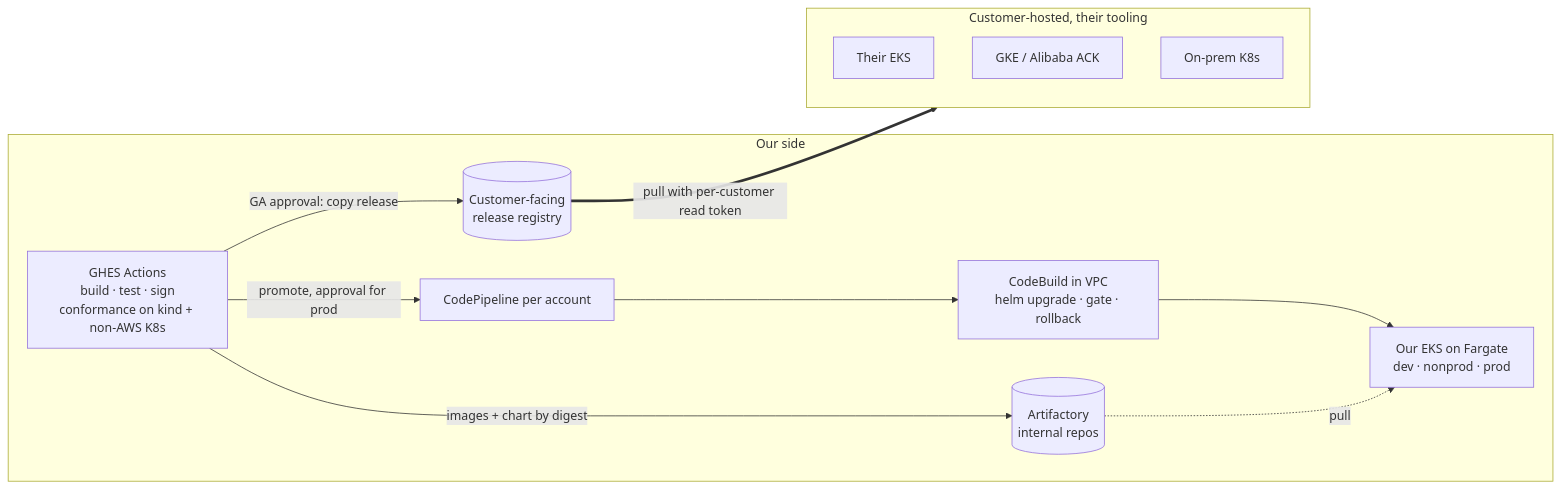
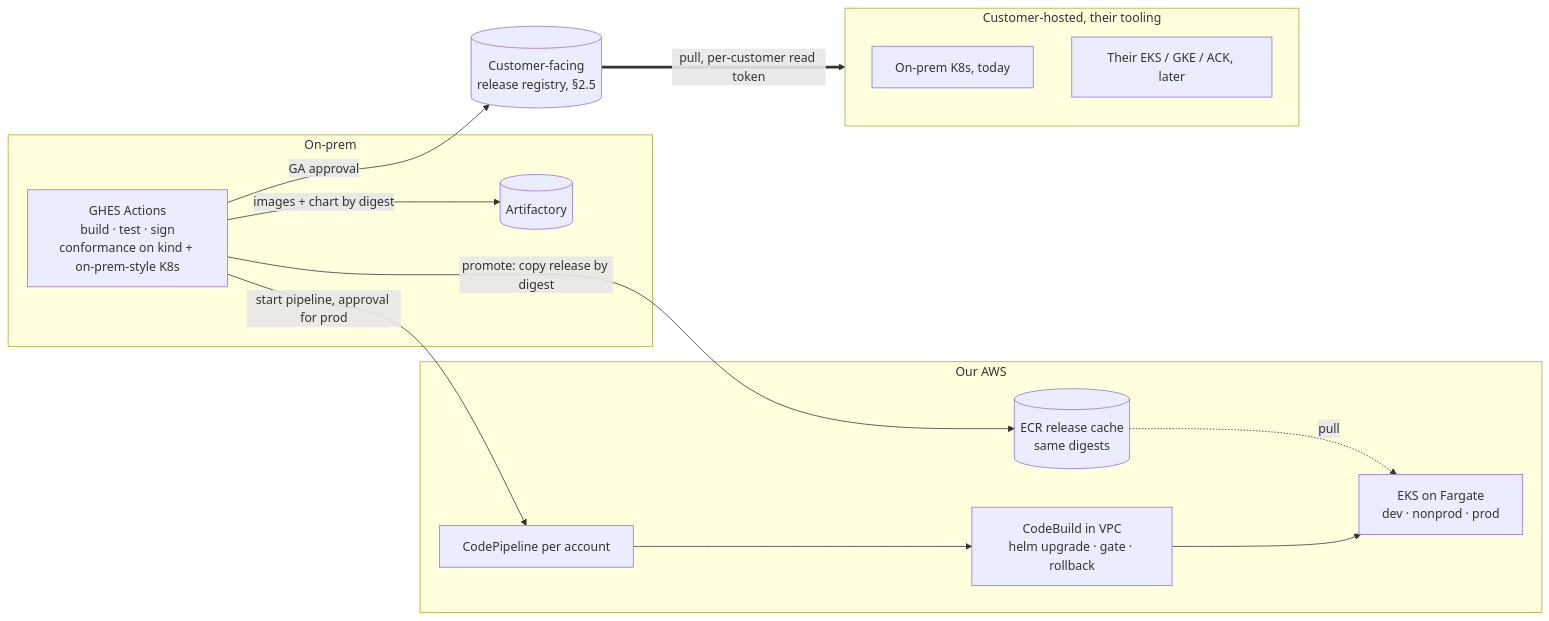
The first of 2 diagrams in PROPOSAL.md (sholtomaud/GHES-EKS-zero-downtime-deployments), drawn with Mermaid before and after one commit. The commit also changed other lines of this file and 1 other file, not shown here.

First line of the commit message:
Proposal v5: on-prem Artifactory, ECR release cache, on-prem customers

````diff
--- a/PROPOSAL.md
+++ b/PROPOSAL.md
@@ -57,17 +60,20 @@
 ```mermaid
 flowchart LR
-  subgraph ours[Our side]
-    ghes[GHES Actions<br/>build · test · sign<br/>conformance on kind + non-AWS K8s] -->|images + chart by digest| art[(Artifactory<br/>internal repos)]
-    ghes -->|promote, approval for prod| cp[CodePipeline per account]
-    cp --> cb[CodeBuild in VPC<br/>helm upgrade · gate · rollback]
-    cb --> eks[Our EKS on Fargate<br/>dev · nonprod · prod]
-    art -. pull .-> eks
-    ghes -->|GA approval: copy release| pub[(Customer-facing<br/>release registry)]
+  subgraph onprem[On-prem]
+    ghes[GHES Actions<br/>build · test · sign<br/>conformance on kind + on-prem-style K8s] -->|images + chart by digest| art[(Artifactory)]
   end
-  pub ==>|pull with per-customer read token| cust
+  subgraph aws[Our AWS]
+    ecr[(ECR release cache<br/>same digests)]
+    cp[CodePipeline per account] --> cb[CodeBuild in VPC<br/>helm upgrade · gate · rollback]
+    cb --> eks[EKS on Fargate<br/>dev · nonprod · prod]
+    ecr -. pull .-> eks
+  end
+  ghes -->|promote: copy release by digest| ecr
+  ghes -->|start pipeline, approval for prod| cp
+  ghes -->|GA approval| pub[(Customer-facing<br/>release registry, §2.5)]
+  pub ==>|pull, per-customer read token| cust
   subgraph cust[Customer-hosted, their tooling]
-    c1[Their EKS]
-    c2[GKE / Alibaba ACK]
-    c3[On-prem K8s]
+    c3[On-prem K8s, today]
+    c1[Their EKS / GKE / ACK, later]
   end
 ```
````
